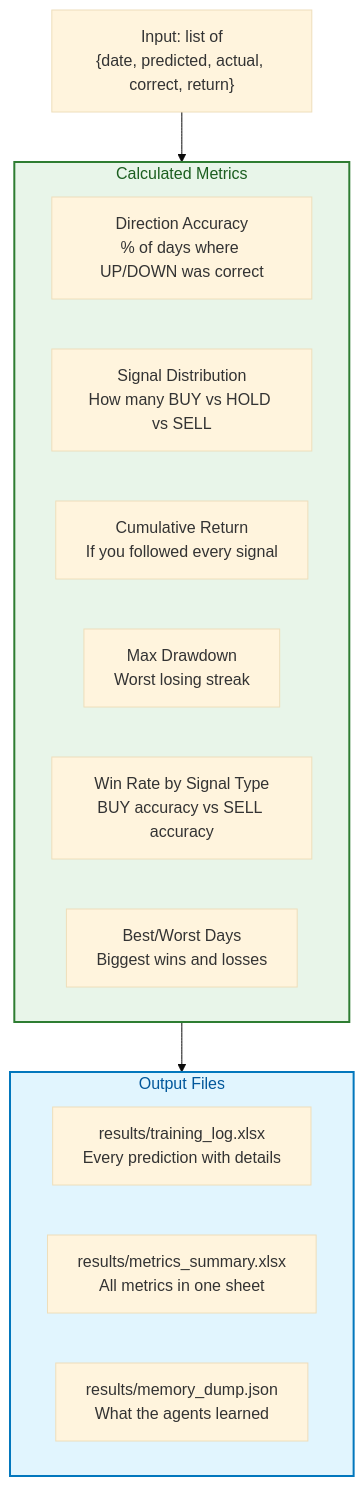
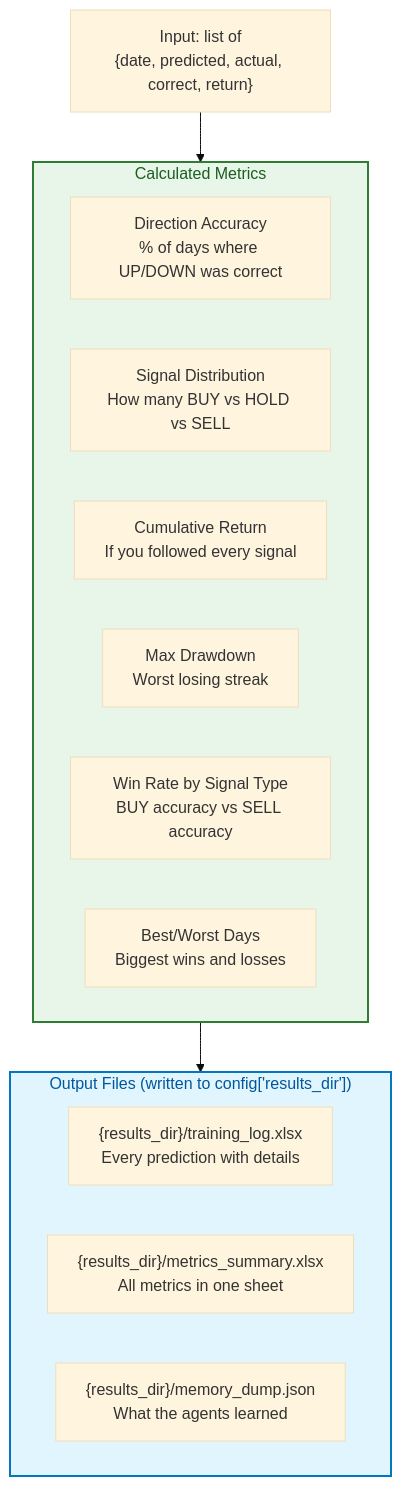
Before and after one commit to TauricResearch/TradingAgents: the sixth of 12 diagrams in docs/proposals/RFC_AUTORESEARCH_INTRADAY.md, drawn with Mermaid (base theme). The commit also changed other lines of this file and 1 other file, not shown here.

````diff
--- a/docs/proposals/RFC_AUTORESEARCH_INTRADAY.md
+++ b/docs/proposals/RFC_AUTORESEARCH_INTRADAY.md
@@ -296,25 +298,25 @@
 ```mermaid
 flowchart TD
     INPUT["Input: list of<br/>{date, predicted, actual, correct, return}"]
 
     subgraph METRICS["Calculated Metrics"]
         M1["Direction Accuracy<br/>% of days where UP/DOWN was correct"]
         M2["Signal Distribution<br/>How many BUY vs HOLD vs SELL"]
         M3["Cumulative Return<br/>If you followed every signal"]
         M4["Max Drawdown<br/>Worst losing streak"]
         M5["Win Rate by Signal Type<br/>BUY accuracy vs SELL accuracy"]
         M6["Best/Worst Days<br/>Biggest wins and losses"]
     end
 
-    subgraph OUTPUT["Output Files"]
-        O1["results/training_log.xlsx<br/>Every prediction with details"]
-        O2["results/metrics_summary.xlsx<br/>All metrics in one sheet"]
-        O3["results/memory_dump.json<br/>What the agents learned"]
+    subgraph OUTPUT["Output Files (written to config['results_dir'])"]
+        O1["{results_dir}/training_log.xlsx<br/>Every prediction with details"]
+        O2["{results_dir}/metrics_summary.xlsx<br/>All metrics in one sheet"]
+        O3["{results_dir}/memory_dump.json<br/>What the agents learned"]
     end
 
     INPUT --> METRICS
     METRICS --> OUTPUT
 
     style METRICS fill:#e8f5e9,stroke:#2e7d32,stroke-width:2px,color:#1b5e20
     style OUTPUT fill:#e1f5fe,stroke:#0277bd,stroke-width:2px,color:#01579b
 ```
````
